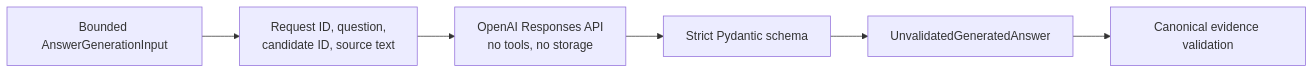
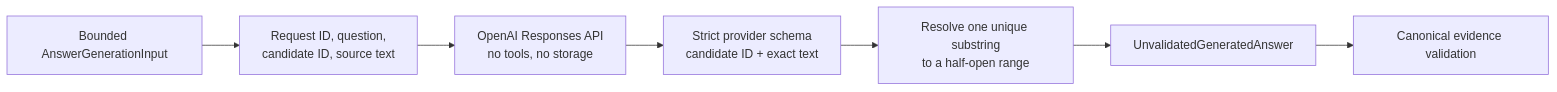
One commit to rnkraus/investment-research changed the second of 2 diagrams in backend/src/investment_research/infrastructure/generation/README.md. Above: the diagram before and after it, drawn with Mermaid. The commit also changed other lines of this file and 6 other files, not shown here.

First line of the commit message:
fix(m1): derive citation offsets from exact source text

````diff
--- a/backend/src/investment_research/infrastructure/generation/README.md
+++ b/backend/src/investment_research/infrastructure/generation/README.md
@@ -59,8 +59,9 @@
 ```mermaid
 flowchart LR
     INPUT[Bounded AnswerGenerationInput] --> ALLOWLIST[Request ID, question,<br/>candidate ID, source text]
     ALLOWLIST --> API[OpenAI Responses API<br/>no tools, no storage]
-    API --> SCHEMA[Strict Pydantic schema]
-    SCHEMA --> PROPOSAL[UnvalidatedGeneratedAnswer]
+    API --> SCHEMA[Strict provider schema<br/>candidate ID + exact text]
+    SCHEMA --> RANGE[Resolve one unique substring<br/>to a half-open range]
+    RANGE --> PROPOSAL[UnvalidatedGeneratedAnswer]
     PROPOSAL --> CANONICAL[Canonical evidence validation]
 ```
````
